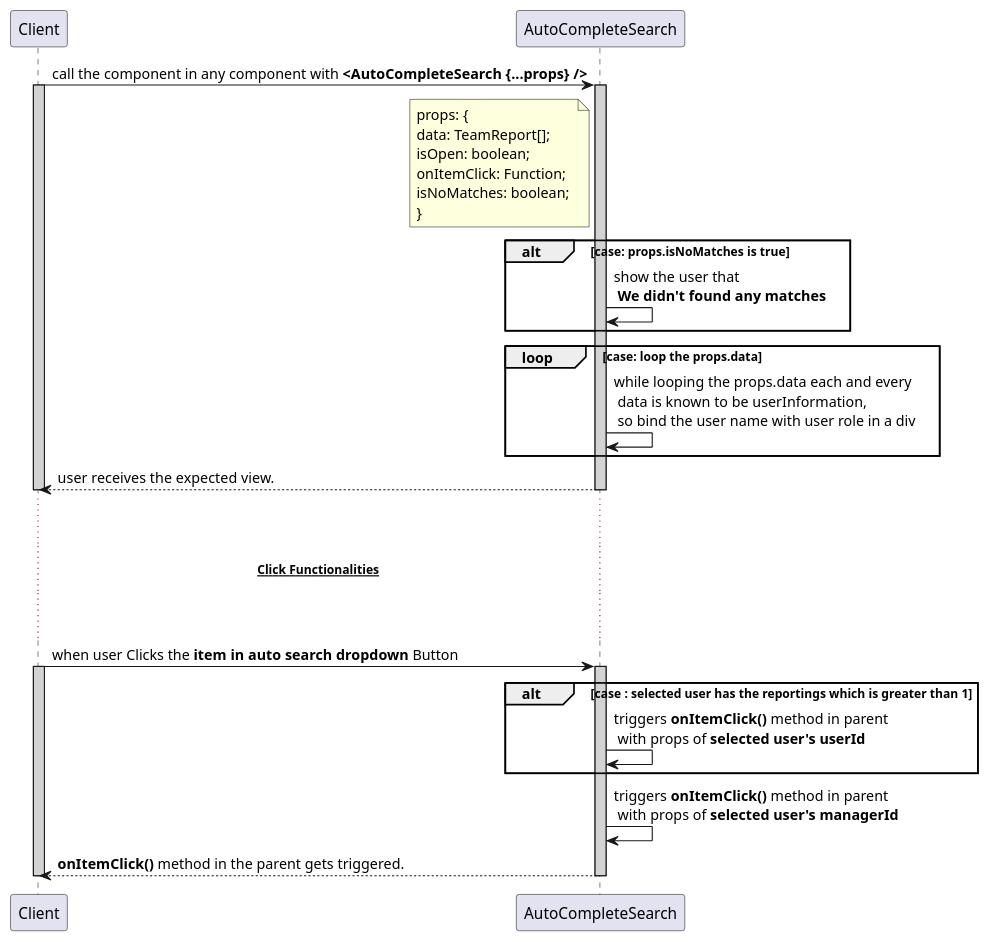
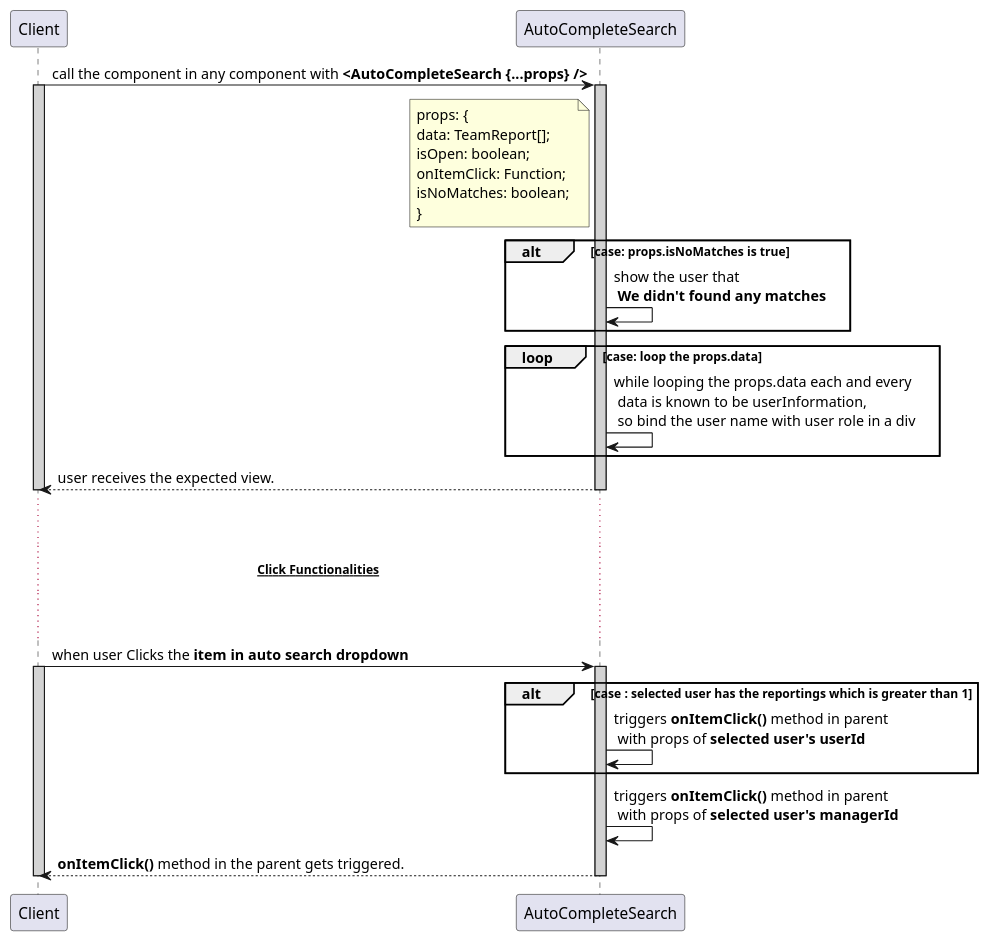
Before and after one commit to avasoft-mobility/workday-design: the diagram in frontend/components/auto_complete_search/auto_complete_search.sequence.puml, drawn with PlantUML. The commit also changed 1 other file, not shown here.

```diff
--- a/frontend/components/auto_complete_search/auto_complete_search.sequence.puml
+++ b/frontend/components/auto_complete_search/auto_complete_search.sequence.puml
@@ -1,33 +1,33 @@
 @startuml autoComplete
 participant Client
 participant AutoCompleteSearch
 
 Client -> AutoCompleteSearch : call the component in any component with **<AutoCompleteSearch {...props} />**
 activate Client #D3D3D3
     activate AutoCompleteSearch #D3D3D3
         note left of AutoCompleteSearch : props: {\ndata: TeamReport[];\nisOpen: boolean;\nonItemClick: Function;\nisNoMatches: boolean; \n}
         alt case: props.isNoMatches is true
             AutoCompleteSearch -> AutoCompleteSearch : show the user that\n **We didn't found any matches**
         end
         loop case: loop the props.data
             AutoCompleteSearch -> AutoCompleteSearch : while looping the props.data each and every\n data is known to be userInformation,\n so bind the user name with user role in a div
         end
         Client <-- AutoCompleteSearch : user receives the expected view.
     deactivate AutoCompleteSearch
 deactivate Client
 ... ...
 ...~~**Click Functionalities**~~ ...
 ... ...
 
-Client -> AutoCompleteSearch : when user Clicks the **item in auto search dropdown** Button
+Client -> AutoCompleteSearch : when user Clicks the **item in auto search dropdown**
 activate Client #D3D3D3
     activate AutoCompleteSearch #D3D3D3
         alt case : selected user has the reportings which is greater than 1
             AutoCompleteSearch -> AutoCompleteSearch : triggers **onItemClick()** method in parent\n with props of **selected user's userId**
         end
         AutoCompleteSearch -> AutoCompleteSearch : triggers **onItemClick()** method in parent\n with props of **selected user's managerId**
         Client <--  AutoCompleteSearch : **onItemClick()** method in the parent gets triggered.
     deactivate AutoCompleteSearch
 deactivate Client
 
 @enduml
```
